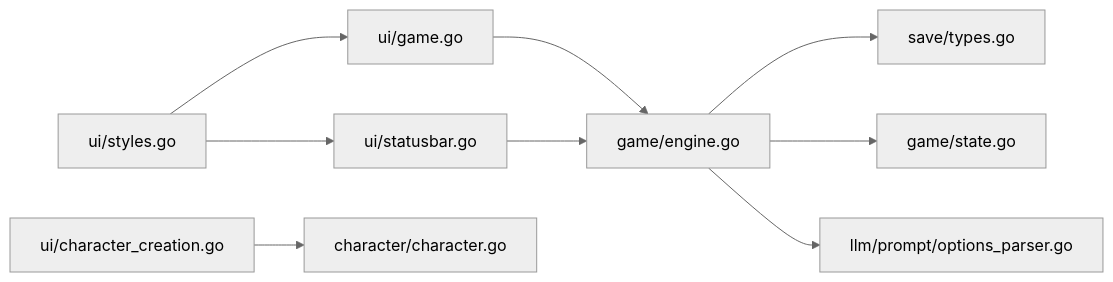
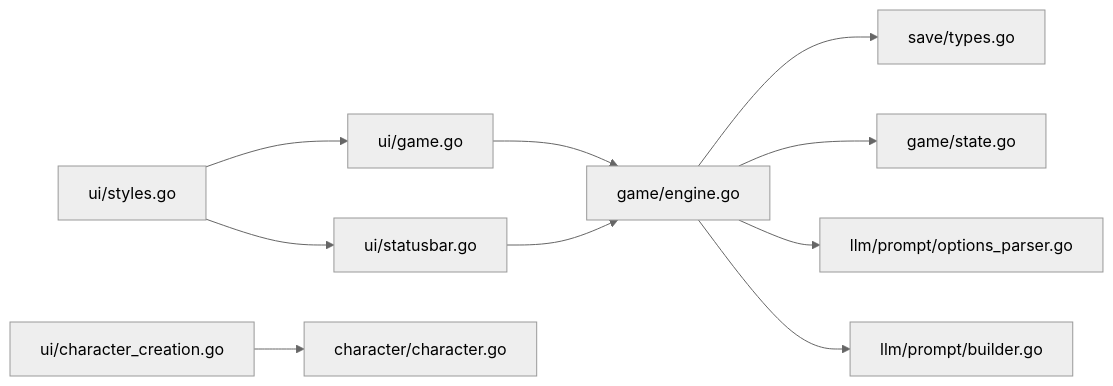
The sixth of 6 diagrams in .qoder/repowiki/zh/content/用户界面/用户界面.md (zwh8800/cdnd), drawn with Mermaid (neutral theme) before and after one commit. The commit also changed other lines of this file and 23 other files, not shown here.

````diff
--- a/.qoder/repowiki/zh/content/用户界面/用户界面.md
+++ b/.qoder/repowiki/zh/content/用户界面/用户界面.md
@@ -404,11 +460,12 @@
 ```mermaid
 graph LR
 UI_GAME["ui/game.go"] --> GAME_ENGINE["game/engine.go"]
 UI_STATUS["ui/statusbar.go"] --> GAME_ENGINE
 UI_CHAR["ui/character_creation.go"] --> CHAR_MODEL["character/character.go"]
 GAME_ENGINE --> SAVE_TYPES["save/types.go"]
 GAME_ENGINE --> GAME_STATE["game/state.go"]
 GAME_ENGINE --> OPTIONS_PARSER["llm/prompt/options_parser.go"]
+GAME_ENGINE --> BUILDER["llm/prompt/builder.go"]
 UI_STYLES["ui/styles.go"] --> UI_GAME
 UI_STYLES --> UI_STATUS
 ```
````
